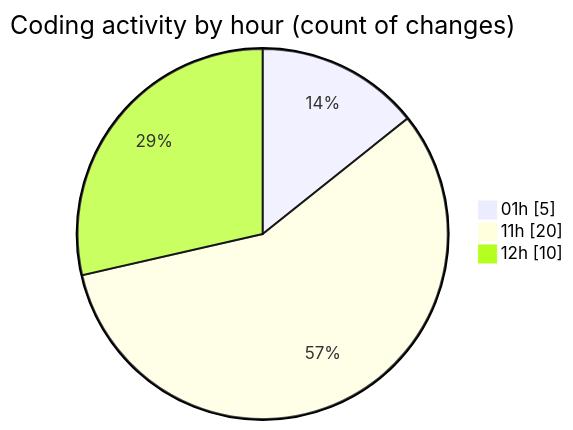
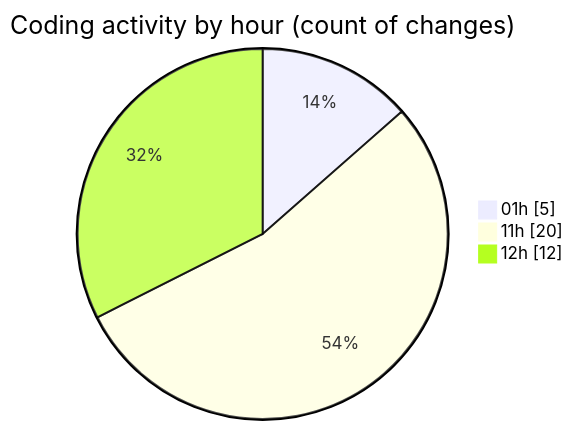
One commit to Netris89/code-tracking changed the second of 2 diagrams in 2025-04-26/echo/README.md. Above: the diagram before and after it, drawn with Mermaid. The commit also changed other lines of this file and 1 other file, not shown here.

````diff
--- a/2025-04-26/echo/README.md
+++ b/2025-04-26/echo/README.md
@@ -31,7 +31,7 @@
 ```mermaid
 pie showData
 title Coding activity by hour (count of changes)
 "01h" : 5
 "11h" : 20
-"12h" : 10
+"12h" : 12
 ```
````
